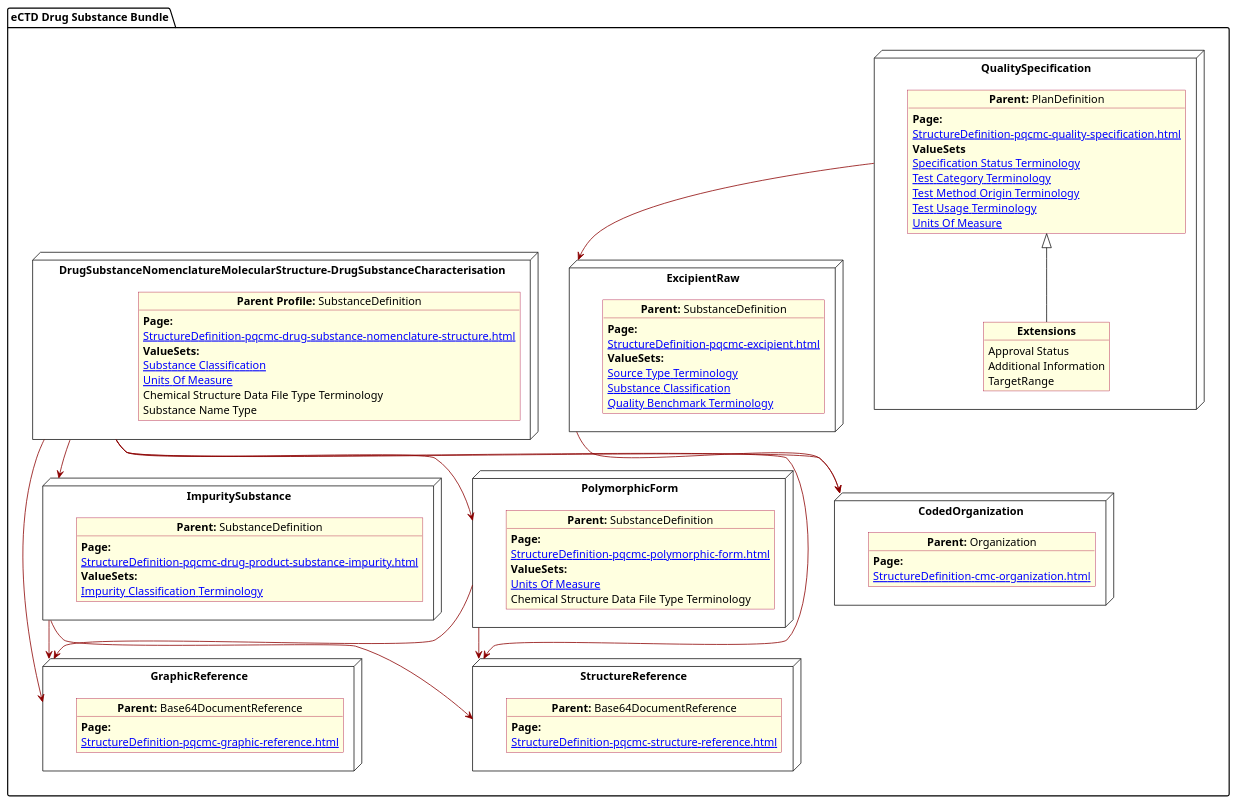
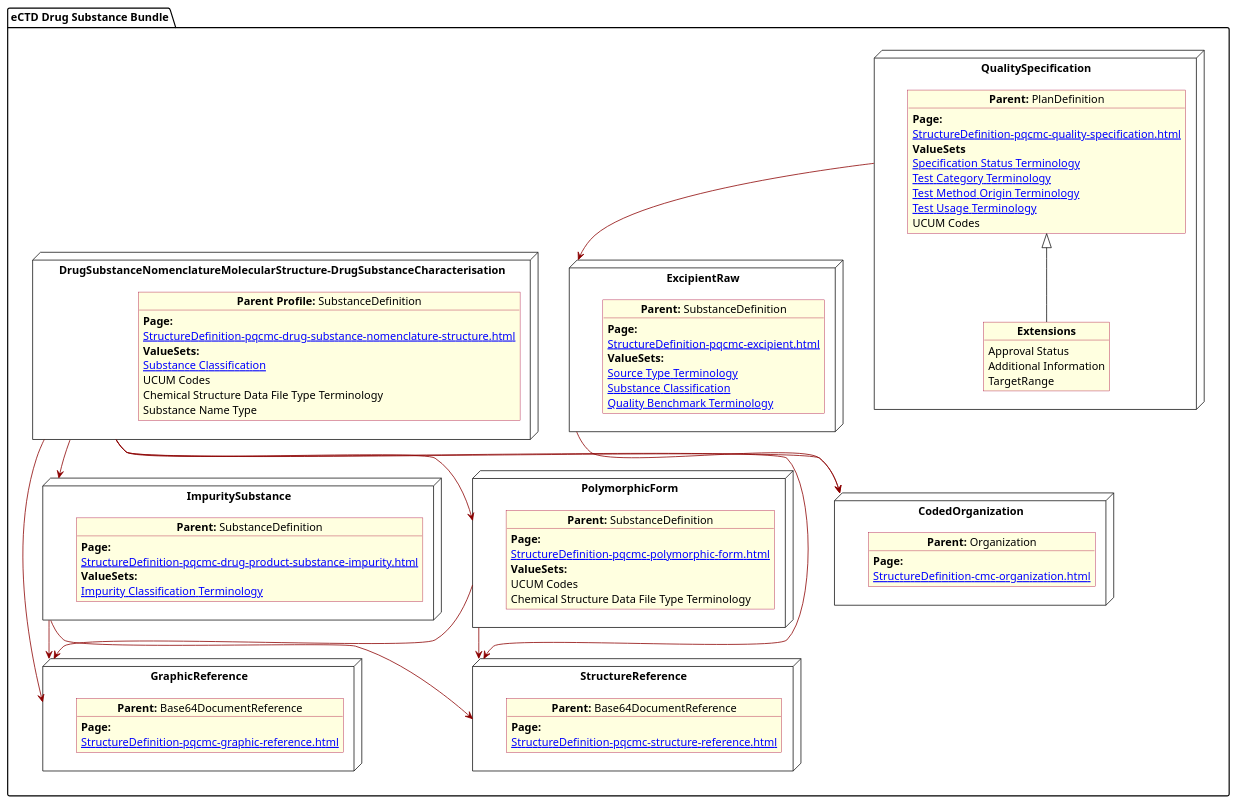
Before and after one commit to HL7/FHIR-us-pq-cmc-fda: the diagram in input/images-source/allSubstance.plantuml, drawn with PlantUML. The commit also changed 8 other files, not shown here.

Commit message:
Added diagram of batch analysis and removed  all Hyperlink old value set

```diff
--- a/input/images-source/allSubstance.plantuml
+++ b/input/images-source/allSubstance.plantuml
@@ -1,117 +1,118 @@
 @startuml allSubstance
 allowmixing
 'Mixed model of use case and object
 skinparam svgDimensionStyle false
 skinparam ObjectBackgroundColor LightYellow
 skinparam ObjectBorderColor #A80036
 skinparam activityDiamondBorderColor #A80036
 skinparam activityDiamondBackgroundColor lawnGreen
 skinparam ClassBorderThickness 4
 
 package "eCTD Drug Substance Bundle" as NODES {
 
     node "CodedOrganization" as NSO {
 
         object "**Parent:** Organization" as objAu {
             **Page:**
             [[StructureDefinition-cmc-organization.html]]
                    
         }
     }
 
     node "ExcipientRaw" as N2all1 {
 
         object "**Parent:** SubstanceDefinition" as objall22 {
             **Page:**
             [[StructureDefinition-pqcmc-excipient.html]]
             **ValueSets:**
             [[ValueSet-pqcmc-source-type-terminology.html Source Type Terminology]]
             [[ValueSet-substance-classification.html Substance Classification]]
             [[ValueSet-pqcmc-quality-benchmark-terminology.html Quality Benchmark Terminology]]
         }
     }
     node "QualitySpecification" as N2all {
 
         object "**Parent:** PlanDefinition" as objall2 {
             **Page:**
             [[StructureDefinition-pqcmc-quality-specification.html]]
             **ValueSets**
             [[ValueSet-pqcmc-specification-status-terminology.html Specification Status Terminology]]
             [[ValueSet-pqcmc-test-category-terminology.html Test Category Terminology]]
             [[ValueSet-pqcmc-test-method-origin-terminology.html Test Method Origin Terminology]]
             [[ValueSet-pqcmc-test-usage-terminology.html Test Usage Terminology]]
-            [[ValueSet-pqcmc-units-of-measure.html Units Of Measure]]
+           UCUM Codes
+            
         }
         object "**Extensions**" as objallQSEx {
             Approval Status
             Additional Information
             TargetRange
         }
         objall2 <|-- objallQSEx
     }
 
     node "DrugSubstanceNomenclatureMolecularStructure-DrugSubstanceCharacterisation" as NN {
 
         object "**Parent Profile:** SubstanceDefinition" as obj33 {
             **Page:**
             [[StructureDefinition-pqcmc-drug-substance-nomenclature-structure.html]]
             **ValueSets:**
             [[ValueSet-substance-classification.html Substance Classification]]
-            [[ValueSet-pqcmc-units-of-measure.html Units Of Measure]]
+           UCUM Codes
             Chemical Structure Data File Type Terminology
             Substance Name Type
         }
     }
 
     node "ImpuritySubstance" as N6 {
 
         object "**Parent:** SubstanceDefinition" as obj2 {
             **Page:**
             [[StructureDefinition-pqcmc-drug-product-substance-impurity.html]]
             **ValueSets:**
             [[ValueSet-pqcmc-impurity-classification-terminology.html Impurity Classification Terminology]]
         }
     }
     node "GraphicReference" as NB64 {
 
         object "**Parent:** Base64DocumentReference"  as obj64 {
             **Page:**
             [[StructureDefinition-pqcmc-graphic-reference.html]]
         }
     }
 
     node "PolymorphicForm" as N2 {
 
         object "**Parent:** SubstanceDefinition" as obj2poly {
             **Page:**
             [[StructureDefinition-pqcmc-polymorphic-form.html]]
             **ValueSets:**
-            [[ValueSet-pqcmc-units-of-measure.html Units Of Measure]]
+           UCUM Codes
             Chemical Structure Data File Type Terminology
         }
     }
 
     node "StructureReference" as NBstruc {
 
         object "**Parent:** Base64DocumentReference"  as objb64 {
             **Page:**
             [[StructureDefinition-pqcmc-structure-reference.html]]
         }
     }
 
 
     NN -[#darkred]-> N2
     NN -[#darkred]-> NB64
     NN -[#darkred]-> NBstruc
     NN -[#darkred]-> N6
     N2 -[#darkred]-> NB64
     N2 -[#darkred]-> NBstruc
     NN -[#darkred]-> NSO
     N2all1 -[#darkred]-> NSO
     N2all -[#darkred]-> N2all1
     N6 -[#darkred]-> NB64
     N6 -[#darkred]-> NBstruc
 }
 
 
 @enduml
```
